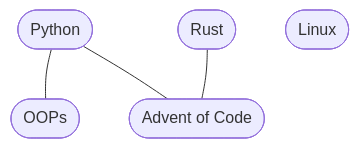
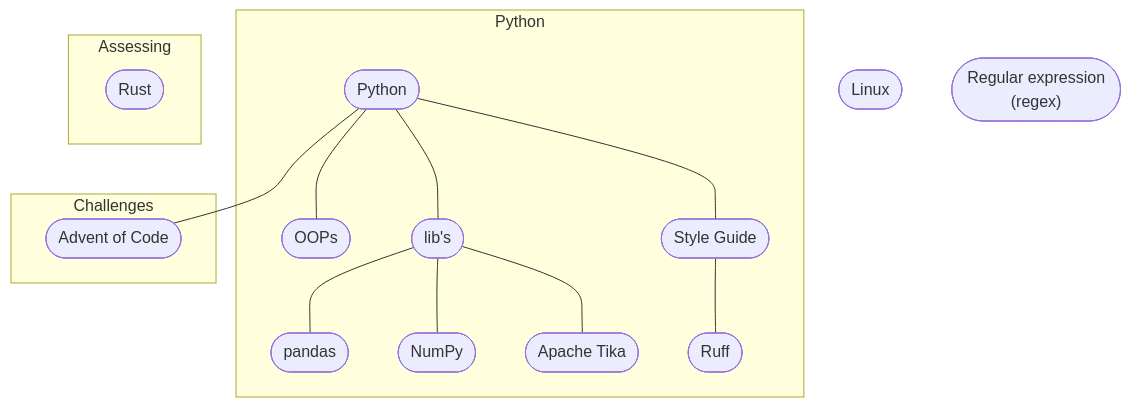
Before and after one commit to cchristion/sprout: the diagram in README.md, drawn with Mermaid.

Commit message:
Added python libs, regex

````diff
--- a/README.md
+++ b/README.md
@@ -3,14 +3,37 @@
 ```mermaid
 graph TD
+
+    subgraph Python
     p1([Python])
+
     p1.1([OOPs])
+    p1.2([lib's])
+    p1.3([Style Guide])
     p1 --- p1.1
+    p1 --- p1.2
+    p1 --- p1.3
 
+    p1.2.1([pandas])
+    p1.2.2([NumPy])
+    p1.2.3([Apache Tika])
+    p1.2 --- p1.2.1
+    p1.2 --- p1.2.2
+    p1.2 --- p1.2.3
+
+    p1.3.1([Ruff])
+    p1.3 --- p1.3.1
+    end
+
+    subgraph Assessing 
     r1([Rust])
+    end
 
+    subgraph Challenges
     aoc([Advent of Code])
     p1 --- aoc
-    r1 --- aoc
+    end
 
     l1([Linux])
+    o1(["Regular expression
+    (regex)"])
 ```
````
